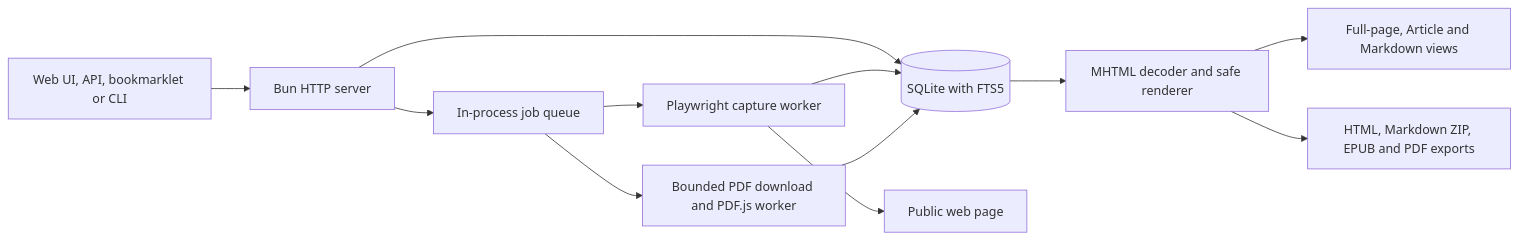
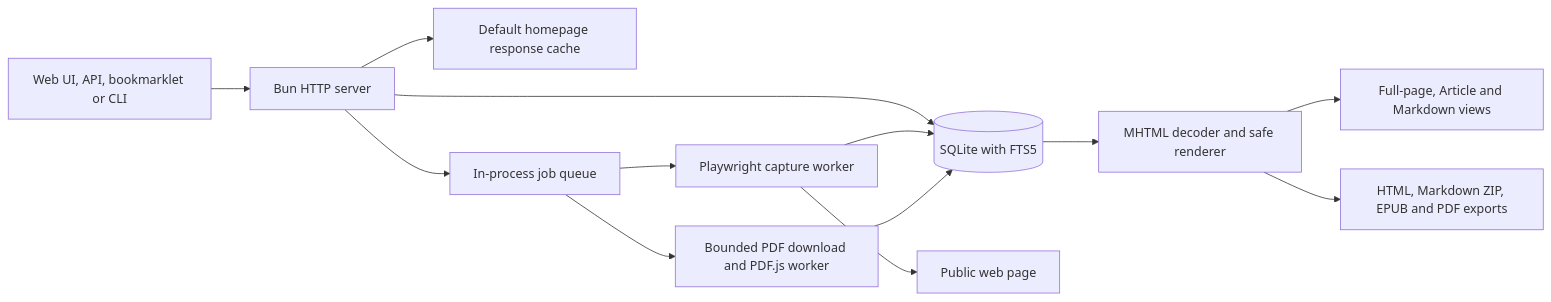
One commit to rcarmo/bun-packrat changed the first of 3 diagrams in docs/architecture.md. Above: the diagram before and after it, drawn with Mermaid. The commit also changed other lines of this file and 10 other files, not shown here.

````diff
--- a/docs/architecture.md
+++ b/docs/architecture.md
@@ -7,14 +7,15 @@
 ```mermaid
 flowchart LR
     U[Web UI, API, bookmarklet or CLI] --> S[Bun HTTP server]
     S --> D[(SQLite with FTS5)]
+    S --> C[Default homepage response cache]
     S --> Q[In-process job queue]
     Q --> P[Playwright capture worker]
     P --> W[Public web page]
     P --> D
     Q --> X[Bounded PDF download and PDF.js worker]
     X --> D
     D --> R[MHTML decoder and safe renderer]
     R --> V[Full-page, Article and Markdown views]
     R --> E[HTML, Markdown ZIP, EPUB and PDF exports]
 ```
````
